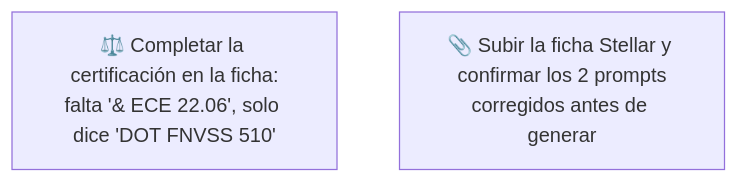
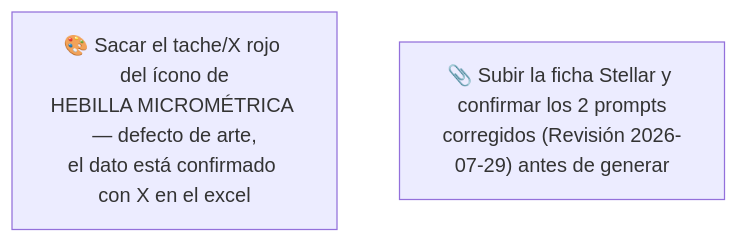
One commit to juandroeleven-jpg/SAAAS-Marketing changed the diagram in proyectos/edge-cascos/documentos/simulaciones-cc/simulacion-14-stellar-verificacion.md. Above: the diagram before and after it, drawn with Mermaid. The commit also changed other lines of this file and 3 other files, not shown here.

First line of the commit message:
Stellar: re-auditoría Tipo C con captura nítida — 12/12, tache de arte y decisión de negocio

````diff
--- a/proyectos/edge-cascos/documentos/simulaciones-cc/simulacion-14-stellar-verificacion.md
+++ b/proyectos/edge-cascos/documentos/simulaciones-cc/simulacion-14-stellar-verificacion.md
@@ -9,5 +11,5 @@
 ```mermaid
 flowchart TD
-    T1["⚖️ Completar la certificación en la ficha:<br/>falta '& ECE 22.06', solo dice 'DOT FNVSS 510'"]
-    T2["📎 Subir la ficha Stellar y confirmar los 2 prompts<br/>corregidos antes de generar"]
+    T1["🎨 Sacar el tache/X rojo del ícono de<br/>HEBILLA MICROMÉTRICA — defecto de arte,<br/>el dato está confirmado con X en el excel"]
+    T2["📎 Subir la ficha Stellar y confirmar los 2 prompts<br/>corregidos (Revisión 2026-07-29) antes de generar"]
 ```
````
